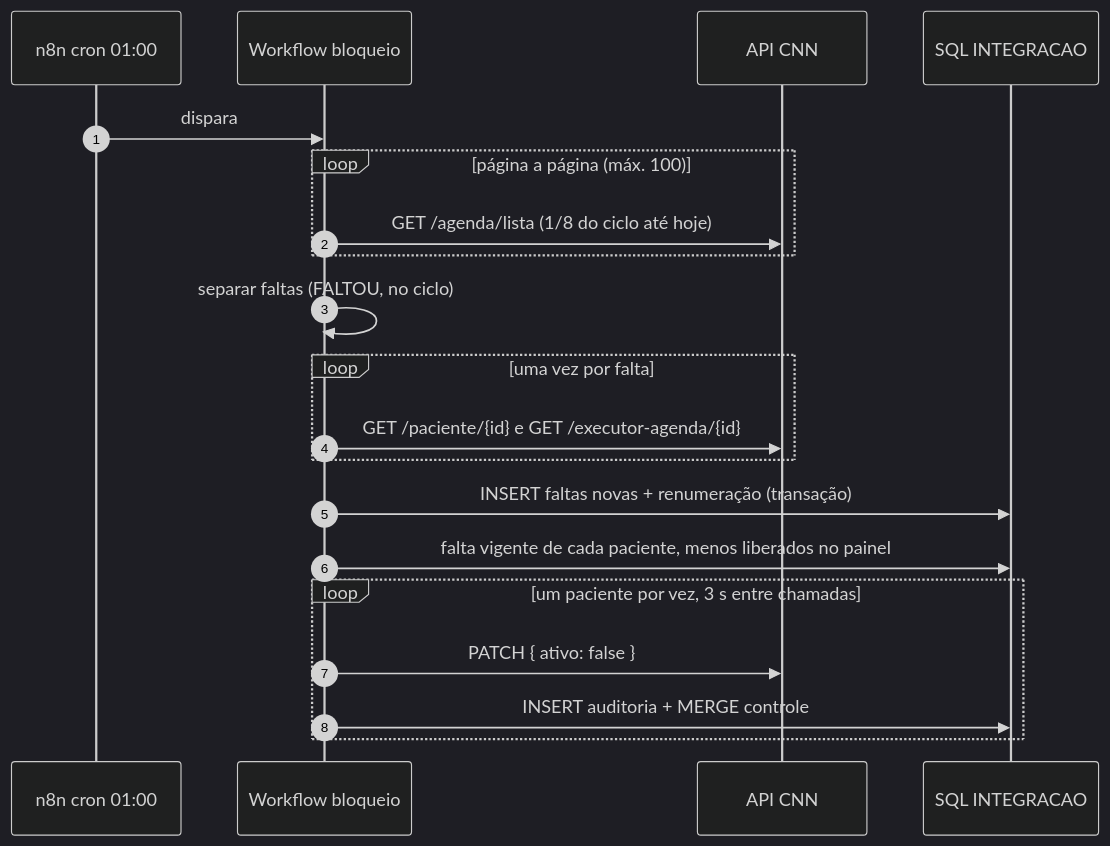
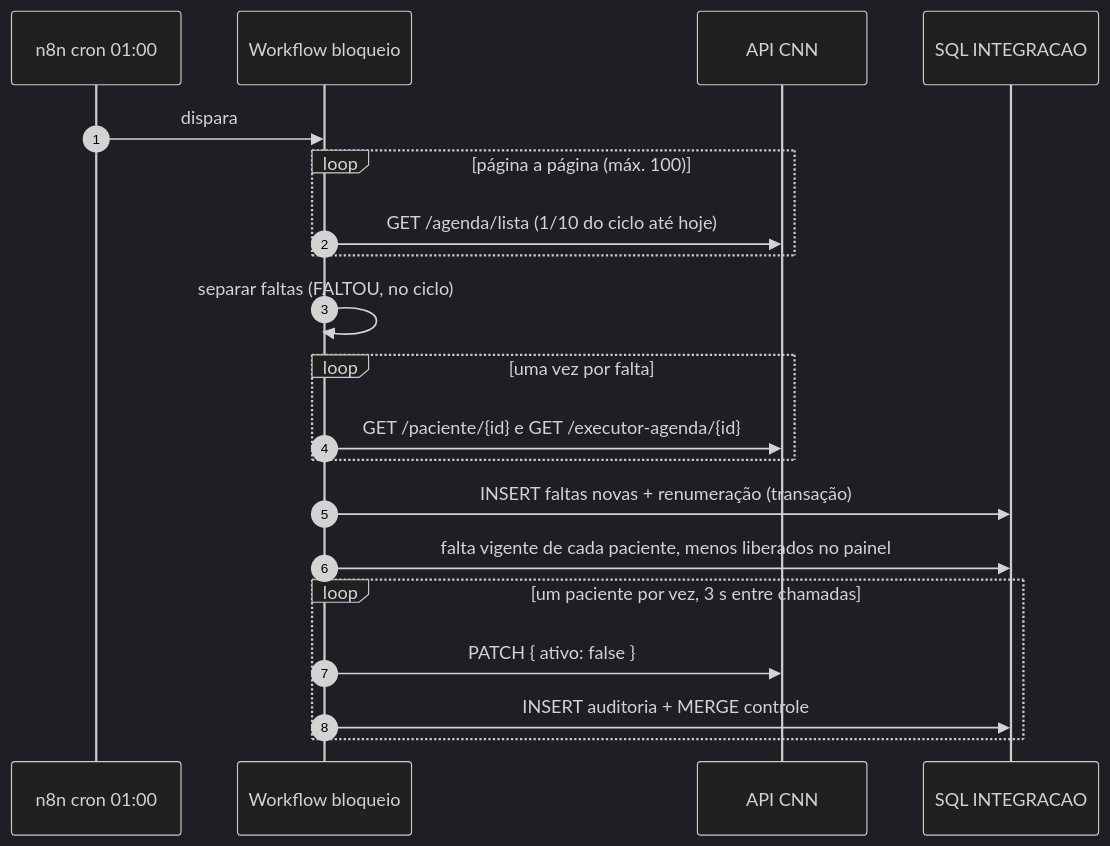
The third of 4 diagrams in docs/arquitetura.md (clariens/painel-integracao-desbloqueio-CNN-web), drawn with Mermaid (dark theme) before and after one commit. The commit also changed other lines of this file and 58 other files, not shown here.

````diff
--- a/docs/arquitetura.md
+++ b/docs/arquitetura.md
@@ -146,23 +157,23 @@
 ```mermaid
 sequenceDiagram
     autonumber
     participant Cron as n8n cron 01:00
     participant WB as Workflow bloqueio
     participant API as API CNN
     participant DB as SQL INTEGRACAO
 
     Cron->>WB: dispara
     loop página a página (máx. 100)
-        WB->>API: GET /agenda/lista (1/8 do ciclo até hoje)
+        WB->>API: GET /agenda/lista (1/10 do ciclo até hoje)
     end
     WB->>WB: separar faltas (FALTOU, no ciclo)
     loop uma vez por falta
         WB->>API: GET /paciente/{id} e GET /executor-agenda/{id}
     end
     WB->>DB: INSERT faltas novas + renumeração (transação)
     WB->>DB: falta vigente de cada paciente, menos liberados no painel
     loop um paciente por vez, 3 s entre chamadas
         WB->>API: PATCH { ativo: false }
         WB->>DB: INSERT auditoria + MERGE controle
     end
 ```
````
